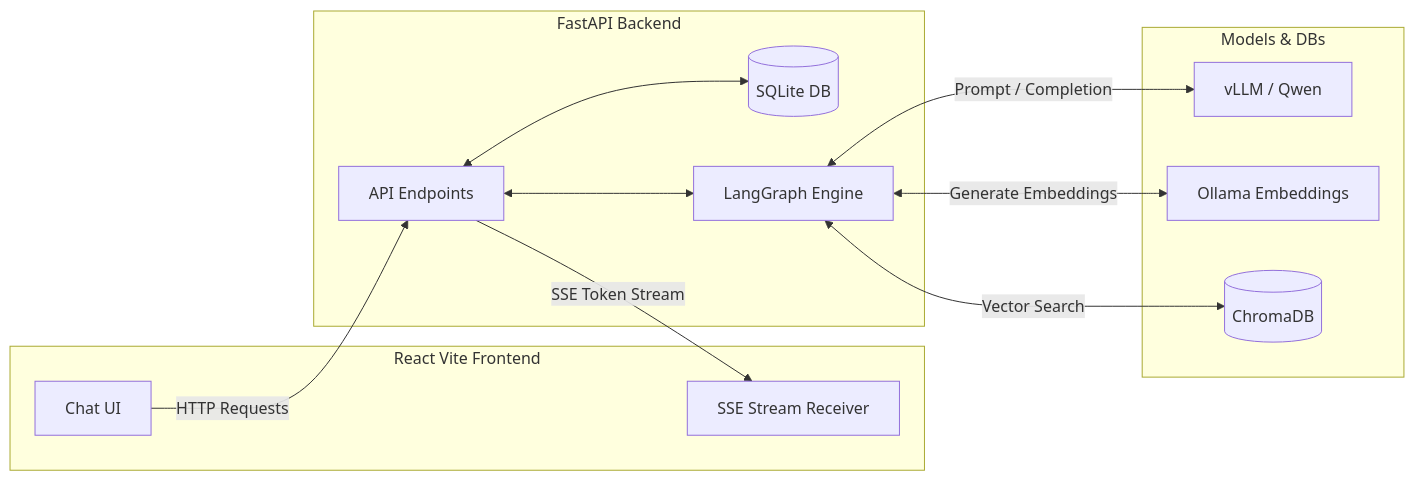
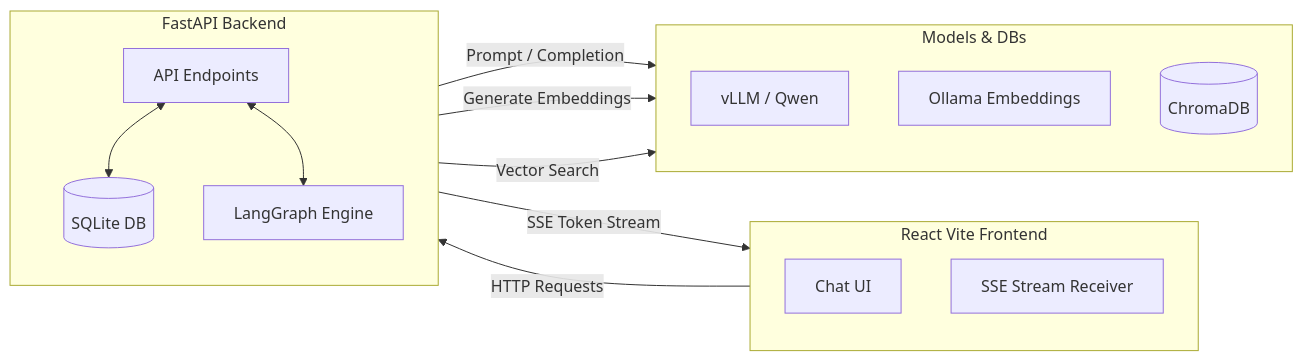
One commit to Hetgandhi25/agentic-rag-system changed the first of 2 diagrams in README.md. Above: the diagram before and after it, drawn with Mermaid. The commit also changed other lines of this file and 6 other files, not shown here.

````diff
--- a/README.md
+++ b/README.md
@@ -32,28 +21,31 @@
 ```mermaid
 flowchart LR
     subgraph Frontend [React Vite Frontend]
+        direction TB
         UI[Chat UI]
         SSE[SSE Stream Receiver]
     end
 
     subgraph Backend [FastAPI Backend]
+        direction TB
         API[API Endpoints]
-        DB[(SQLite DB)]
-        Graph[LangGraph Engine]
-        
-        API <--> DB
-        API <--> Graph
+        SQLite[(SQLite DB)]
+        Engine[LangGraph Engine]
     end
 
-    subgraph External [Models & DBs]
+    subgraph Models [Models & DBs]
+        direction TB
         LLM[vLLM / Qwen]
-        Embed[Ollama Embeddings]
+        Ollama[Ollama Embeddings]
         Chroma[(ChromaDB)]
     end
 
-    UI -->|HTTP Requests| API
-    API -->|SSE Token Stream| SSE
-    Graph <-->|Prompt / Completion| LLM
-    Graph <-->|Vector Search| Chroma
-    Graph <-->|Generate Embeddings| Embed
+    UI -- HTTP Requests --> API
+    API <--> SQLite
+    API <--> Engine
+    Engine -- SSE Token Stream --> SSE
+
+    Engine -- Prompt / Completion --> LLM
+    Engine -- Generate Embeddings --> Ollama
+    Engine -- Vector Search --> Chroma
 ```
````
